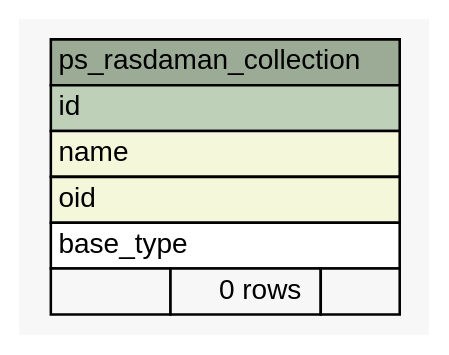
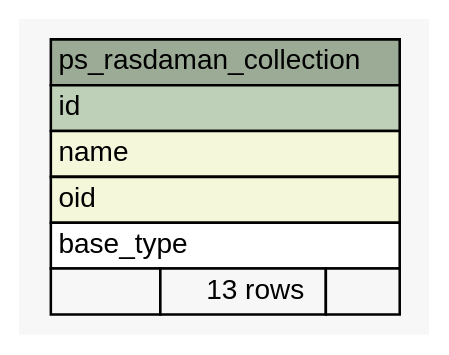
The diagram in manuals_and_examples/manuals/doc-petascope/dbschema/schema/diagrams/summary/ps_rasdaman_collection.1degree.dot (kalxas/rasdaman), drawn with Graphviz before and after one commit. The commit also changed 173 other files, not shown here.

Commit message:
ticket:567 - Update SchemaSpy documentation to include petascopedb updates #9 to #13.

```diff
--- a/manuals_and_examples/manuals/doc-petascope/dbschema/schema/diagrams/summary/ps_rasdaman_collection.1degree.dot
+++ b/manuals_and_examples/manuals/doc-petascope/dbschema/schema/diagrams/summary/ps_rasdaman_collection.1degree.dot
@@ -1,33 +1,33 @@
-// dot 2.26.3 on Linux 3.2.0-58-generic
+// dot 2.26.3 on Linux 3.2.0-65-generic
 // SchemaSpy rev 590
 digraph "ps_rasdaman_collection" {
   graph [
     rankdir="RL"
     bgcolor="#f7f7f7"
     nodesep="0.18"
     ranksep="0.46"
     fontname="Helvetica"
     fontsize="11"
   ];
   node [
     fontname="Helvetica"
     fontsize="11"
     shape="plaintext"
   ];
   edge [
     arrowsize="0.8"
   ];
   "ps_rasdaman_collection" [
     label=<
     <TABLE BORDER="0" CELLBORDER="1" CELLSPACING="0" BGCOLOR="#ffffff">
       <TR><TD COLSPAN="3" BGCOLOR="#9bab96" ALIGN="CENTER">ps_rasdaman_collection</TD></TR>
       <TR><TD PORT="id" COLSPAN="3" BGCOLOR="#bed1b8" ALIGN="LEFT">id</TD></TR>
       <TR><TD PORT="name" COLSPAN="3" BGCOLOR="#f4f7da" ALIGN="LEFT">name</TD></TR>
       <TR><TD PORT="oid" COLSPAN="3" BGCOLOR="#f4f7da" ALIGN="LEFT">oid</TD></TR>
       <TR><TD PORT="base_type" COLSPAN="3" ALIGN="LEFT">base_type</TD></TR>
-      <TR><TD ALIGN="LEFT" BGCOLOR="#f7f7f7">  </TD><TD ALIGN="RIGHT" BGCOLOR="#f7f7f7">0 rows</TD><TD ALIGN="RIGHT" BGCOLOR="#f7f7f7">  </TD></TR>
+      <TR><TD ALIGN="LEFT" BGCOLOR="#f7f7f7">  </TD><TD ALIGN="RIGHT" BGCOLOR="#f7f7f7">13 rows</TD><TD ALIGN="RIGHT" BGCOLOR="#f7f7f7">  </TD></TR>
     </TABLE>>
     URL="tables/ps_rasdaman_collection.html"
     tooltip="ps_rasdaman_collection"
   ];
 }
```
